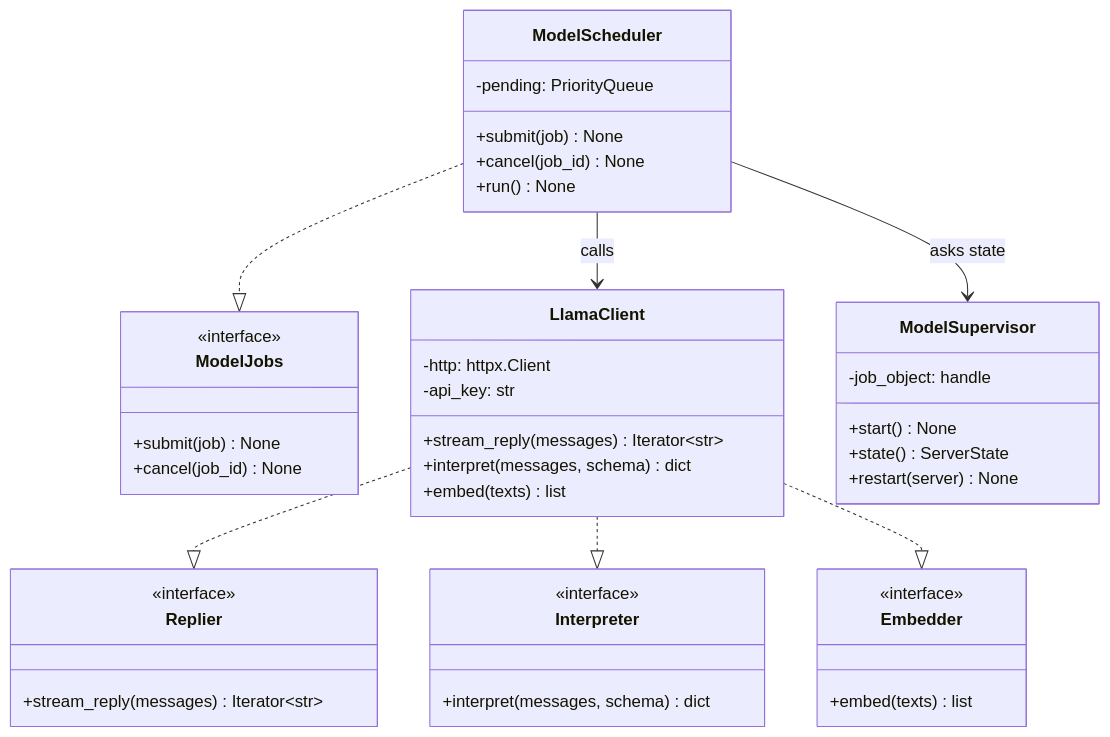
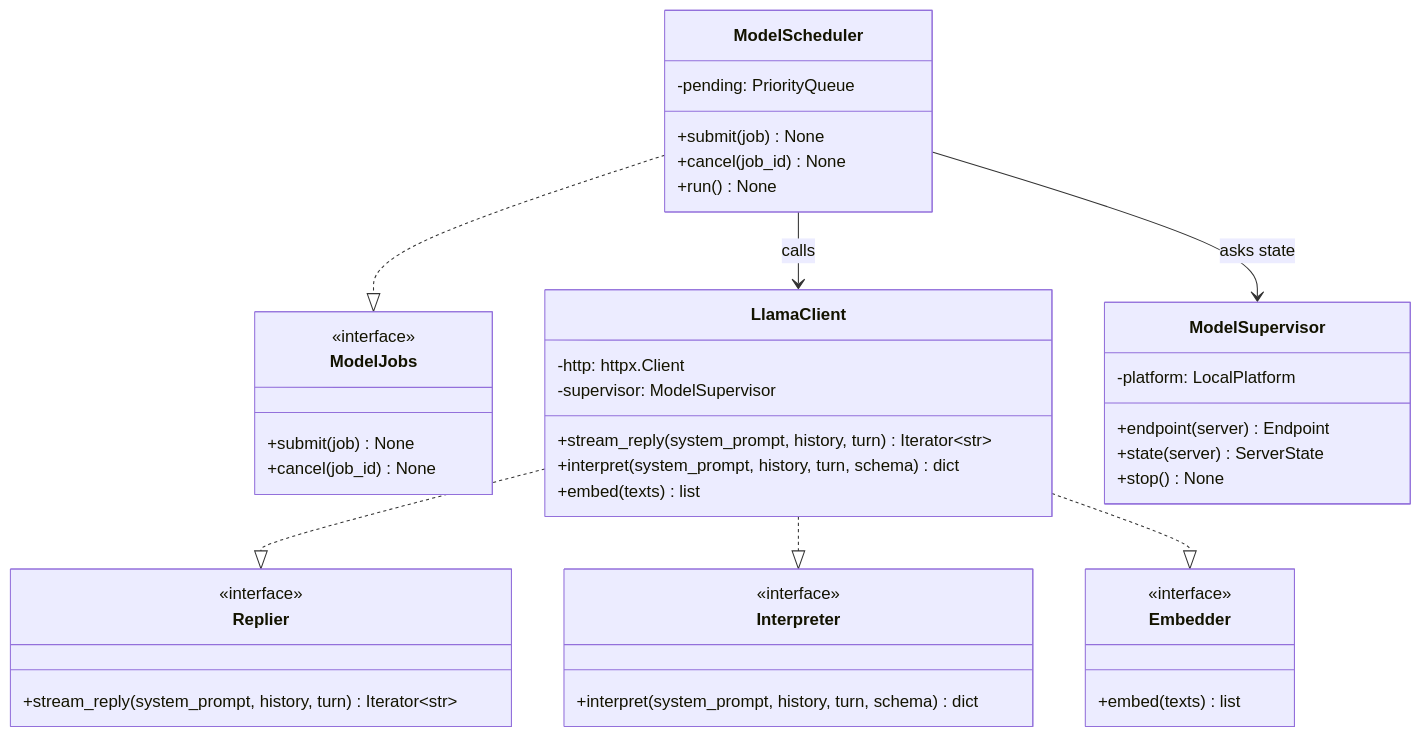
Before and after one commit to NguyenVu04/cognia: diagram 20 of 46 in docs/architecture/ARCHITECTURE.md, drawn with Mermaid. The commit also changed other lines of this file and 79 other files, not shown here.

Commit message:
Refine architecture decision records: update schema details in ADR 0003 and enhance embedding retrieval logic in ADR 0007

````diff
--- a/docs/architecture/ARCHITECTURE.md
+++ b/docs/architecture/ARCHITECTURE.md
@@ -1290,52 +1341,52 @@
 ```mermaid
 classDiagram
     class Replier {
         <<interface>>
-        +stream_reply(messages) Iterator~str~
+        +stream_reply(system_prompt, history, turn) Iterator~str~
     }
 
     class Interpreter {
         <<interface>>
-        +interpret(messages, schema) dict
+        +interpret(system_prompt, history, turn, schema) dict
     }
 
     class Embedder {
         <<interface>>
         +embed(texts) list
     }
 
     class ModelJobs {
         <<interface>>
         +submit(job) None
         +cancel(job_id) None
     }
 
     class LlamaClient {
         -http: httpx.Client
-        -api_key: str
-        +stream_reply(messages) Iterator~str~
-        +interpret(messages, schema) dict
+        -supervisor: ModelSupervisor
+        +stream_reply(system_prompt, history, turn) Iterator~str~
+        +interpret(system_prompt, history, turn, schema) dict
         +embed(texts) list
     }
 
     class ModelScheduler {
         -pending: PriorityQueue
         +submit(job) None
         +cancel(job_id) None
         +run() None
     }
 
     class ModelSupervisor {
-        -job_object: handle
-        +start() None
-        +state() ServerState
-        +restart(server) None
+        -platform: LocalPlatform
+        +endpoint(server) Endpoint
+        +state(server) ServerState
+        +stop() None
     }
 
     LlamaClient ..|> Replier
     LlamaClient ..|> Interpreter
     LlamaClient ..|> Embedder
     ModelScheduler ..|> ModelJobs
     ModelScheduler --> LlamaClient : calls
     ModelScheduler --> ModelSupervisor : asks state
 ```
````
